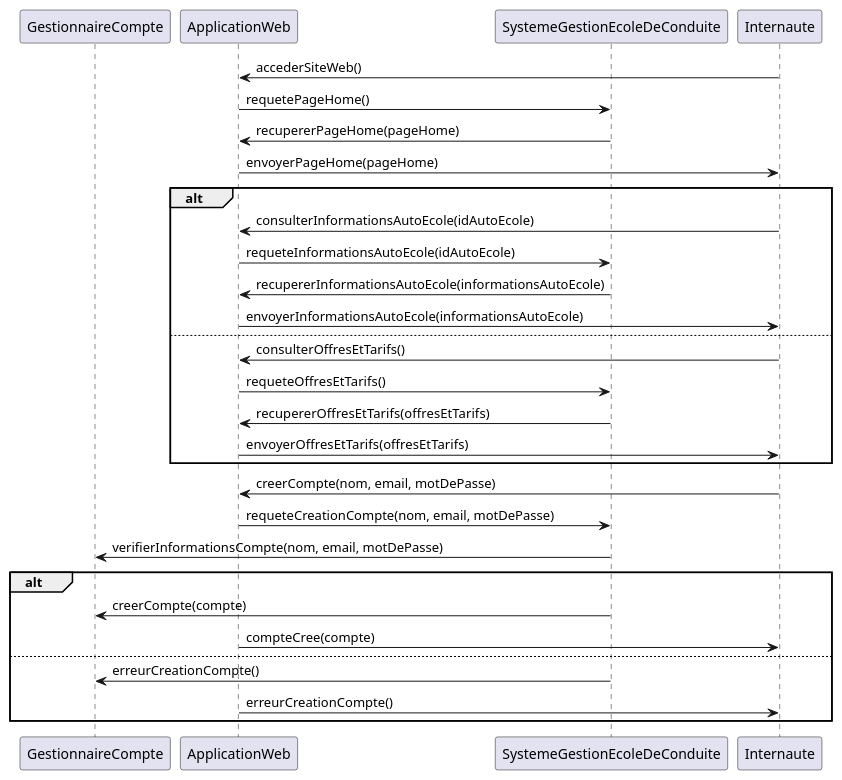
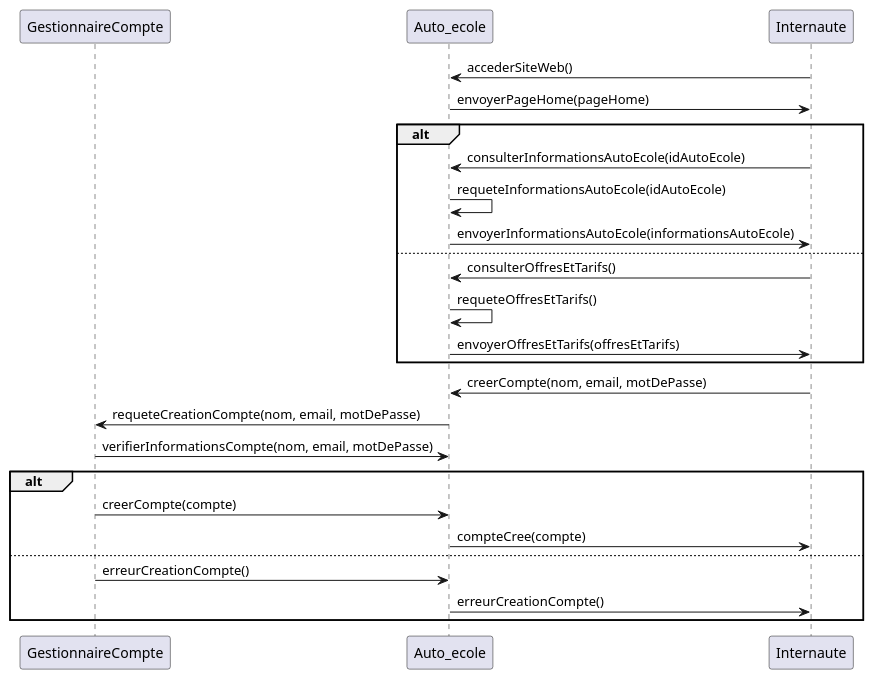
One commit to jerbi2026/Auto_ecole changed the diagram in Rendu 2/Diagramme de sequence/creer_compte.pu. Above: the diagram before and after it, drawn with PlantUML. The commit also changed 14 other files, not shown here.

```diff
--- a/Rendu 2/Diagramme de sequence/creer_compte.pu
+++ b/Rendu 2/Diagramme de sequence/creer_compte.pu
@@ -1,34 +1,29 @@
 @startuml
+participant GestionnaireCompte
+participant Auto_ecole
+participant Internaute
 
-participant GestionnaireCompte
-participant ApplicationWeb
-participant SystemeGestionEcoleDeConduite
-
-Internaute->ApplicationWeb: accederSiteWeb()
-ApplicationWeb->SystemeGestionEcoleDeConduite: requetePageHome()
-SystemeGestionEcoleDeConduite->ApplicationWeb: recupererPageHome(pageHome)
-ApplicationWeb->Internaute: envoyerPageHome(pageHome)
+Internaute->Auto_ecole: accederSiteWeb()
+Auto_ecole->Internaute: envoyerPageHome(pageHome)
 
 alt
-    Internaute->ApplicationWeb: consulterInformationsAutoEcole(idAutoEcole)
-    ApplicationWeb->SystemeGestionEcoleDeConduite: requeteInformationsAutoEcole(idAutoEcole)
-    SystemeGestionEcoleDeConduite->ApplicationWeb: recupererInformationsAutoEcole(informationsAutoEcole)
-    ApplicationWeb->Internaute: envoyerInformationsAutoEcole(informationsAutoEcole)
+    Internaute->Auto_ecole: consulterInformationsAutoEcole(idAutoEcole)
+    Auto_ecole->Auto_ecole: requeteInformationsAutoEcole(idAutoEcole)
+    Auto_ecole->Internaute: envoyerInformationsAutoEcole(informationsAutoEcole)
 else
-    Internaute->ApplicationWeb: consulterOffresEtTarifs()
-    ApplicationWeb->SystemeGestionEcoleDeConduite: requeteOffresEtTarifs()
-    SystemeGestionEcoleDeConduite->ApplicationWeb: recupererOffresEtTarifs(offresEtTarifs)
-    ApplicationWeb->Internaute: envoyerOffresEtTarifs(offresEtTarifs)
+    Internaute->Auto_ecole: consulterOffresEtTarifs()
+    Auto_ecole->Auto_ecole: requeteOffresEtTarifs()
+    Auto_ecole->Internaute: envoyerOffresEtTarifs(offresEtTarifs)
 end
 
-Internaute->ApplicationWeb: creerCompte(nom, email, motDePasse)
-ApplicationWeb->SystemeGestionEcoleDeConduite: requeteCreationCompte(nom, email, motDePasse)
-SystemeGestionEcoleDeConduite->GestionnaireCompte: verifierInformationsCompte(nom, email, motDePasse)
+Internaute->Auto_ecole: creerCompte(nom, email, motDePasse)
+Auto_ecole->GestionnaireCompte: requeteCreationCompte(nom, email, motDePasse)
+GestionnaireCompte->Auto_ecole: verifierInformationsCompte(nom, email, motDePasse)
 alt
-    SystemeGestionEcoleDeConduite->GestionnaireCompte: creerCompte(compte)
-    ApplicationWeb->Internaute: compteCree(compte)
+    GestionnaireCompte->Auto_ecole: creerCompte(compte)
+    Auto_ecole->Internaute: compteCree(compte)
 else
-    SystemeGestionEcoleDeConduite->GestionnaireCompte: erreurCreationCompte()
-    ApplicationWeb->Internaute: erreurCreationCompte()
+    GestionnaireCompte->Auto_ecole: erreurCreationCompte()
+    Auto_ecole->Internaute: erreurCreationCompte()
 end
 @enduml
```
